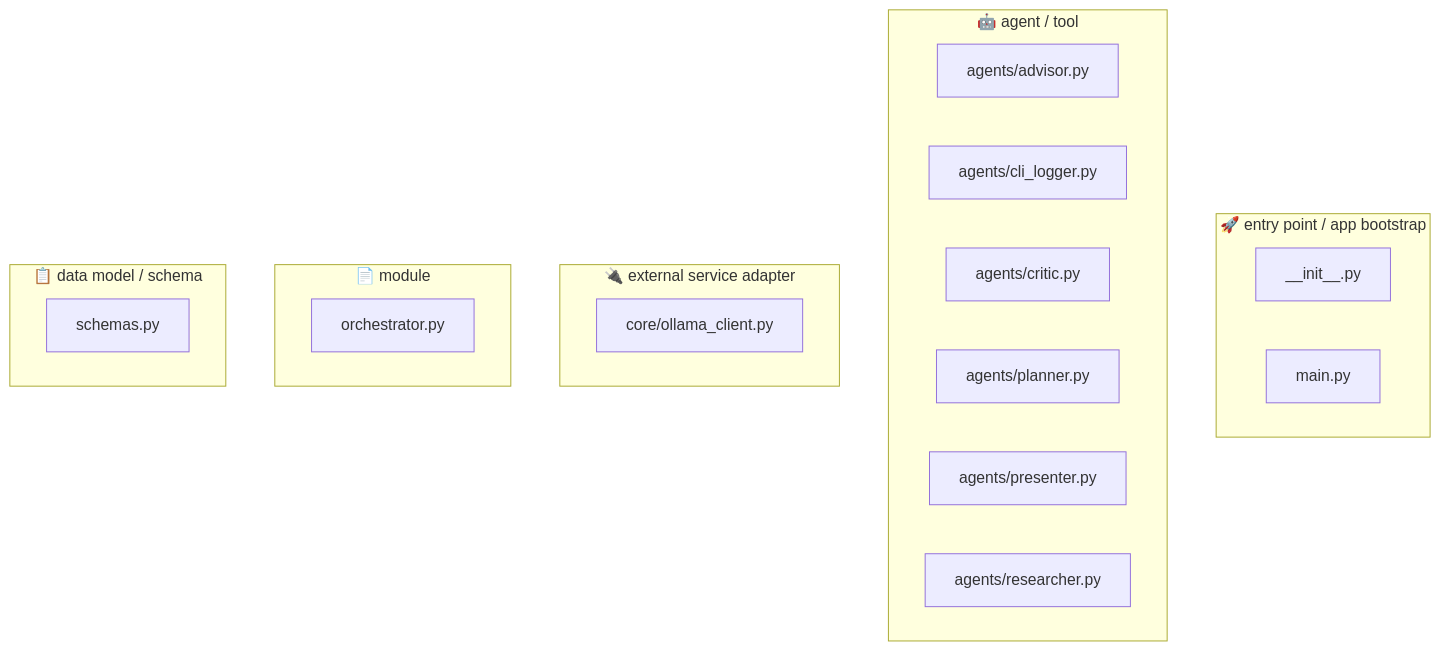
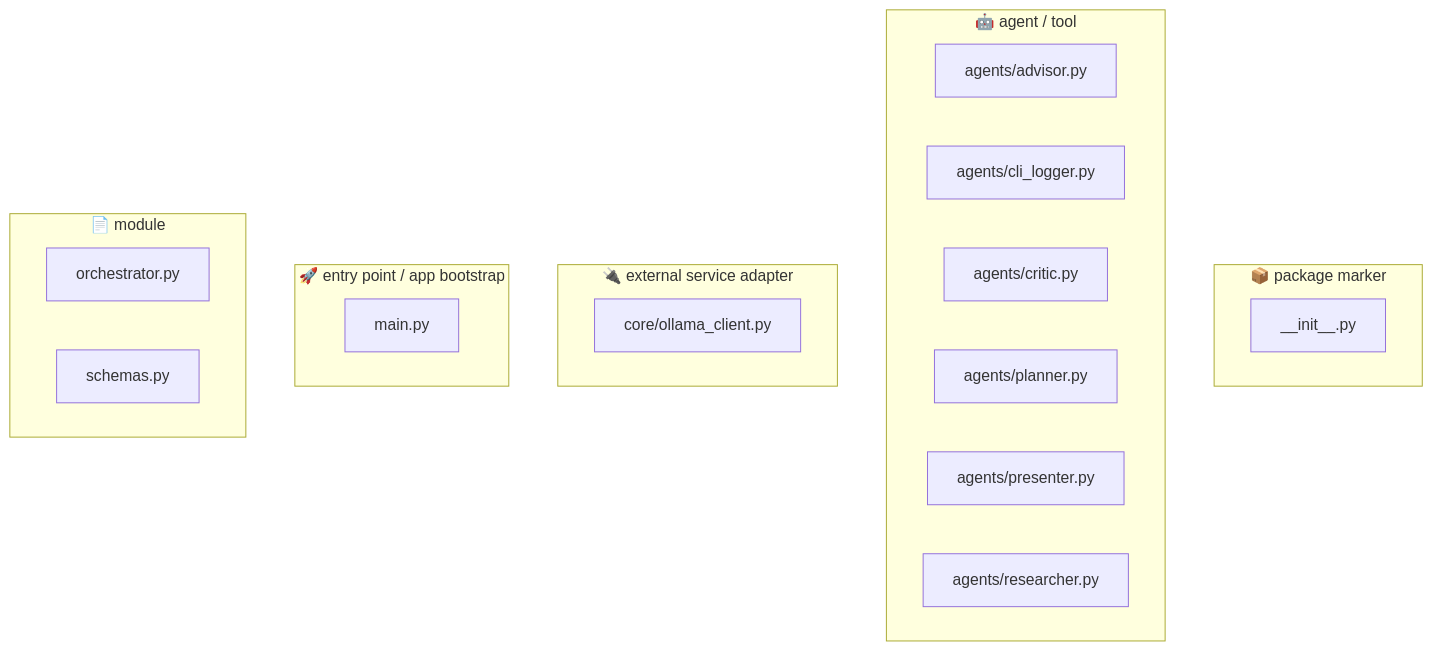
One commit to PraveenAsthana123/circuitRAG changed the third of 8 diagrams in agent_cli/README.md. Above: the diagram before and after it, drawn with Mermaid. The commit also changed other lines of this file and 23 other files, not shown here.

````diff
--- a/agent_cli/README.md
+++ b/agent_cli/README.md
@@ -135,24 +176,24 @@
 ```mermaid
 flowchart TB
-    subgraph __entry_point___app_bootstrap["🚀 entry point / app bootstrap"]
+    subgraph __package_marker["📦 package marker"]
         __init___py["__init__.py"]
-        main_py["main.py"]
     end
     subgraph __agent___tool["🤖 agent / tool"]
         agents_advisor_py["agents/advisor.py"]
         agents_cli_logger_py["agents/cli_logger.py"]
         agents_critic_py["agents/critic.py"]
         agents_planner_py["agents/planner.py"]
         agents_presenter_py["agents/presenter.py"]
         agents_researcher_py["agents/researcher.py"]
     end
     subgraph __external_service_adapter["🔌 external service adapter"]
         core_ollama_client_py["core/ollama_client.py"]
     end
+    subgraph __entry_point___app_bootstrap["🚀 entry point / app bootstrap"]
+        main_py["main.py"]
+    end
     subgraph __module["📄 module"]
         orchestrator_py["orchestrator.py"]
-    end
-    subgraph __data_model___schema["📋 data model / schema"]
         schemas_py["schemas.py"]
     end
 ```
````
